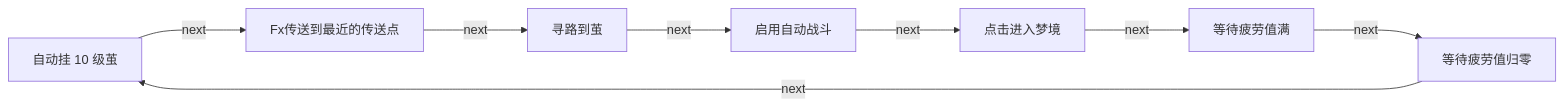
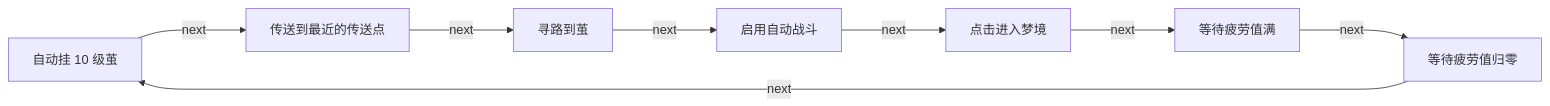
One commit to 233Official/MaaStarResonance changed the diagram in docs/流程设计/S2自动刷茧/S2 自动刷茧.md. Above: the diagram before and after it, drawn with Mermaid. The commit also changed other lines of this file and 14 other files, not shown here.

````diff
--- a/docs/流程设计/S2自动刷茧/S2 自动刷茧.md
+++ b/docs/流程设计/S2自动刷茧/S2 自动刷茧.md
@@ -11,4 +11,4 @@
 ```Mermaid
 graph LR
-auto_cocoon_lv10[自动挂 10 级茧<timeout:1day>] --->|next| teleport[Fx传送到最近的传送点] --->|next|寻路到茧 --->|next| auto_attack[启用自动战斗] --->|next|点击进入梦境 --->|next|等待疲劳值满 --->|next|等待疲劳值归零 --->|next| auto_cocoon_lv10
+auto_cocoon_lv10[自动挂 10 级茧<timeout:1day>] --->|next| teleport[传送到最近的传送点] --->|next|寻路到茧 --->|next| auto_attack[启用自动战斗] --->|next|点击进入梦境 --->|next|等待疲劳值满 --->|next|等待疲劳值归零 --->|next| auto_cocoon_lv10
 ```
````
